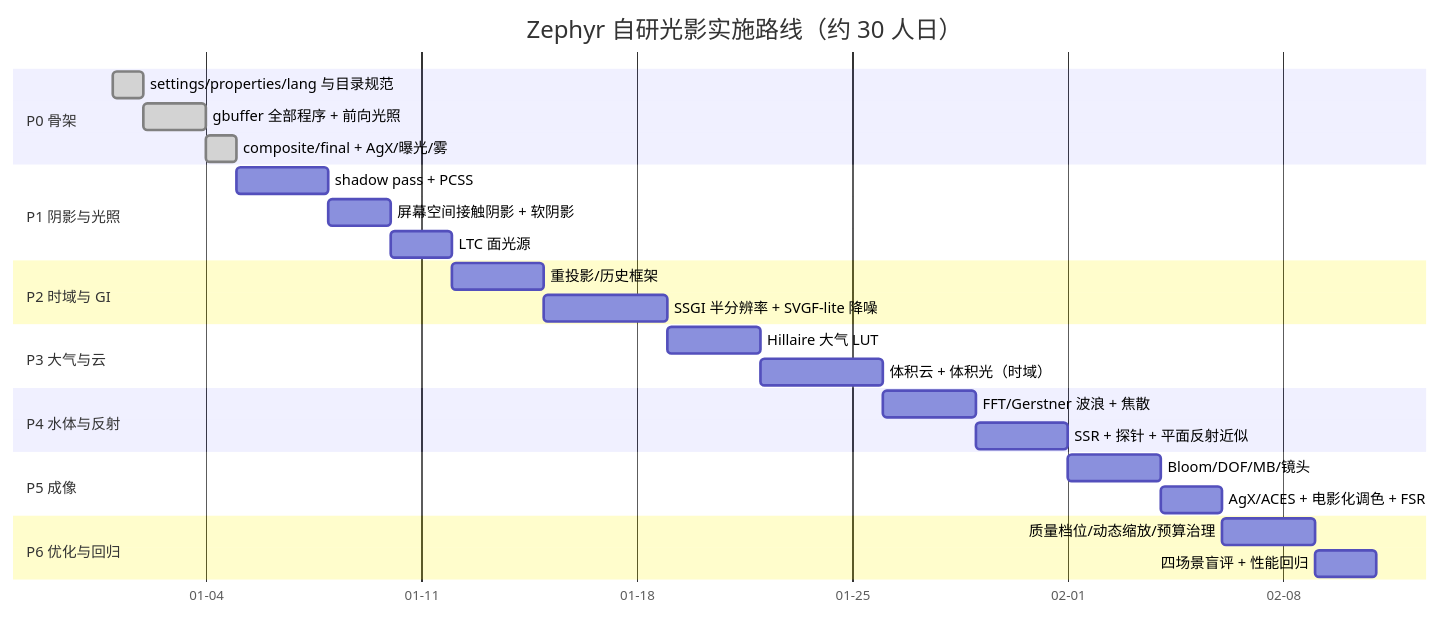
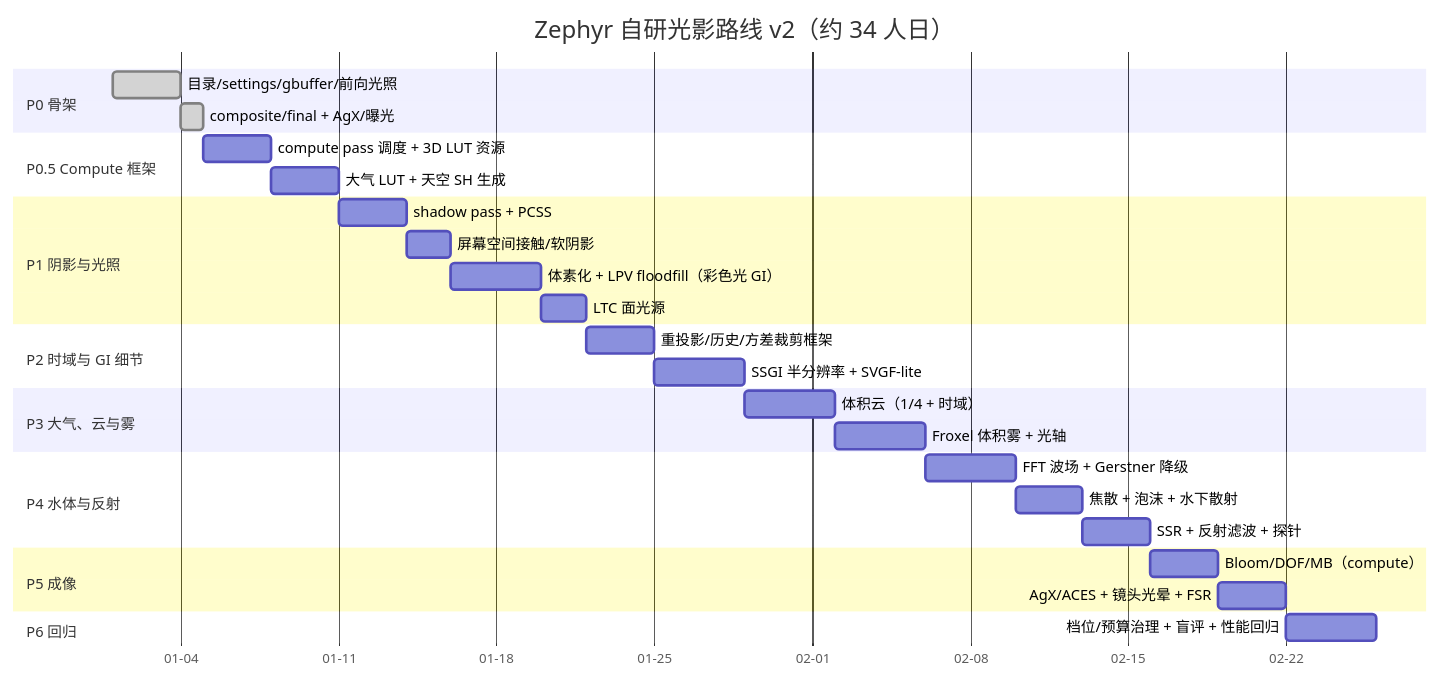
One commit to sinxy-sai/Zephyr-Shader changed the fourth of 4 diagrams in docs/zephyr-architecture.md. Above: the diagram before and after it, drawn with Mermaid. The commit also changed other lines of this file, not shown here.

First line of the commit message:
docs: re-survey all extracted shaderpacks and update Zephyr architecture (v2)

````diff
--- a/docs/zephyr-architecture.md
+++ b/docs/zephyr-architecture.md
@@ -322,36 +305,40 @@
 ```mermaid
 gantt
-    title Zephyr 自研光影实施路线（约 30 人日）
+    title Zephyr 自研光影路线 v2（约 34 人日）
     dateFormat YYYY-MM-DD
     axisFormat %m-%d
 
     section P0 骨架
-    settings/properties/lang 与目录规范      :done, p0a, 2026-01-01, 1d
-    gbuffer 全部程序 + 前向光照              :done, p0b, 2026-01-02, 2d
-    composite/final + AgX/曝光/雾            :done, p0c, 2026-01-04, 1d
+    目录/settings/gbuffer/前向光照      :done, p0, 2026-01-01, 3d
+    composite/final + AgX/曝光          :done, p1, 2026-01-04, 1d
+
+    section P0.5 Compute 框架
+    compute pass 调度 + 3D LUT 资源     :p2, 2026-01-05, 3d
+    大气 LUT + 天空 SH 生成             :p3, 2026-01-08, 3d
 
     section P1 阴影与光照
-    shadow pass + PCSS                       :p1a, 2026-01-05, 3d
-    屏幕空间接触阴影 + 软阴影                :p1b, 2026-01-08, 2d
-    LTC 面光源                               :p1c, 2026-01-10, 2d
+    shadow pass + PCSS                  :p4, 2026-01-11, 3d
+    屏幕空间接触/软阴影                 :p5, 2026-01-14, 2d
+    体素化 + LPV floodfill（彩色光 GI） :p6, 2026-01-16, 4d
+    LTC 面光源                          :p7, 2026-01-20, 2d
 
-    section P2 时域与 GI
-    重投影/历史框架                          :p2a, 2026-01-12, 3d
-    SSGI 半分辨率 + SVGF-lite 降噪           :p2b, 2026-01-15, 4d
+    section P2 时域与 GI 细节
+    重投影/历史/方差裁剪框架            :p8, 2026-01-22, 3d
+    SSGI 半分辨率 + SVGF-lite           :p9, 2026-01-25, 4d
 
-    section P3 大气与云
-    Hillaire 大气 LUT                        :p3a, 2026-01-19, 3d
-    体积云 + 体积光（时域）                  :p3b, 2026-01-22, 4d
+    section P3 大气、云与雾
+    体积云（1/4 + 时域）                :p10, 2026-01-29, 4d
+    Froxel 体积雾 + 光轴                :p11, 2026-02-02, 4d
 
     section P4 水体与反射
-    FFT/Gerstner 波浪 + 焦散                 :p4a, 2026-01-26, 3d
-    SSR + 探针 + 平面反射近似                :p4b, 2026-01-29, 3d
+    FFT 波场 + Gerstner 降级            :p12, 2026-02-06, 4d
+    焦散 + 泡沫 + 水下散射              :p13, 2026-02-10, 3d
+    SSR + 反射滤波 + 探针               :p14, 2026-02-13, 3d
 
     section P5 成像
-    Bloom/DOF/MB/镜头                        :p5a, 2026-02-01, 3d
-    AgX/ACES + 电影化调色 + FSR              :p5b, 2026-02-04, 2d
+    Bloom/DOF/MB（compute）             :p15, 2026-02-16, 3d
+    AgX/ACES + 镜头光晕 + FSR           :p16, 2026-02-19, 3d
 
-    section P6 优化与回归
-    质量档位/动态缩放/预算治理               :p6a, 2026-02-06, 3d
-    四场景盲评 + 性能回归                    :p6b, 2026-02-09, 2d
+    section P6 回归
+    档位/预算治理 + 盲评 + 性能回归     :p17, 2026-02-22, 4d
 ```
````
